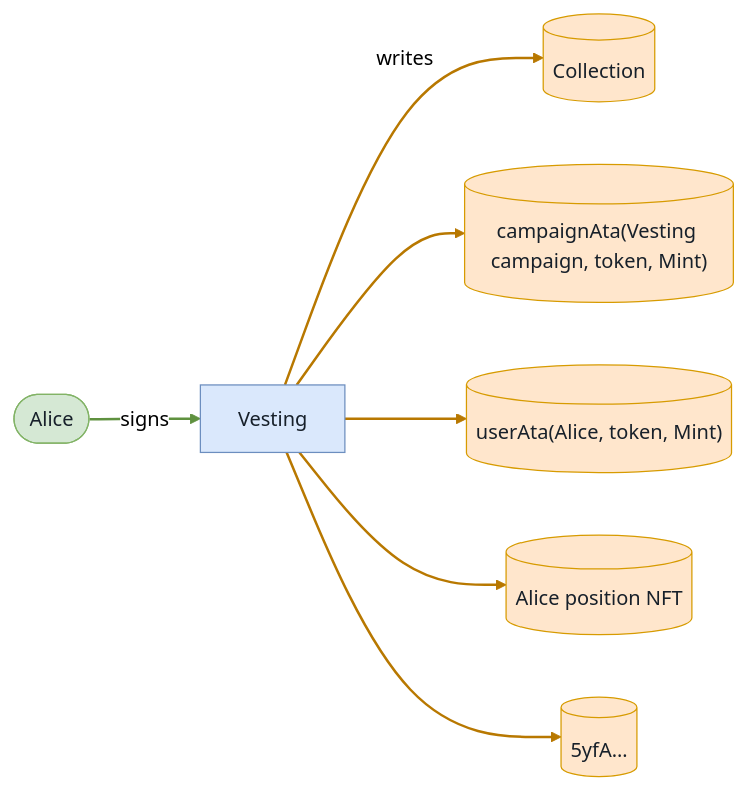
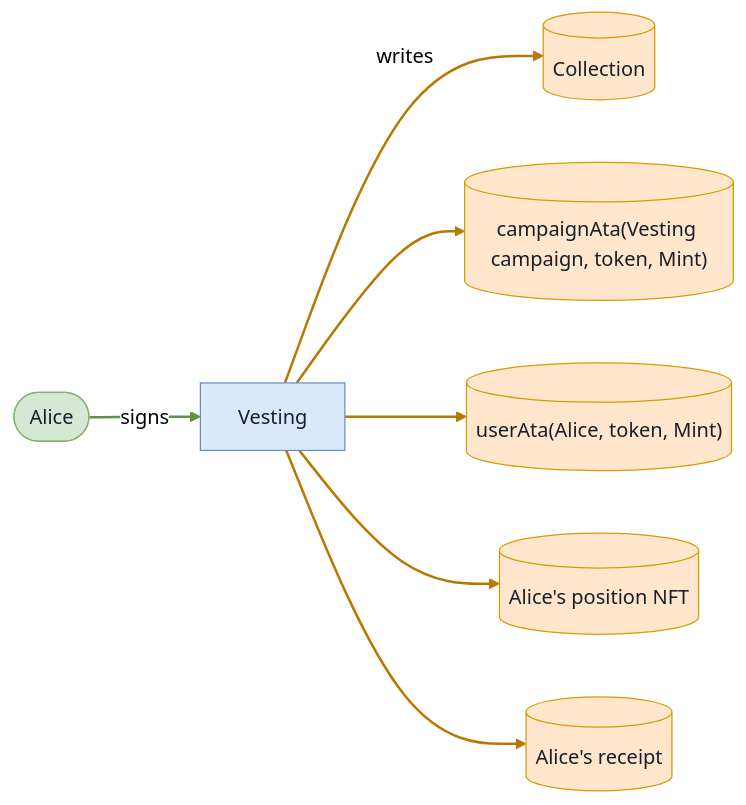
One commit to cds-turbin3/vesting-position changed diagram 17 of 36 in babelfish-tests/test-report/full_lifecycle.md. Above: the diagram before and after it, drawn with Mermaid (neutral theme). The commit also changed other lines of this file and 104 other files, not shown here.

````diff
--- a/babelfish-tests/test-report/full_lifecycle.md
+++ b/babelfish-tests/test-report/full_lifecycle.md
@@ -784,21 +784,21 @@
 ```mermaid
 flowchart LR
     Vesting["Vesting"]:::program
     Alice(["Alice"]):::signer
     Collection[("Collection")]:::state
     campaignAtaVestingcampaigntokenMint[("campaignAta(Vesting campaign, token, Mint)")]:::state
     userAtaAlicetokenMint[("userAta(Alice, token, Mint)")]:::state
-    AlicepositionNFT[("Alice position NFT")]:::state
-    n5yfA[("5yfA…")]:::state
+    AlicespositionNFT[("Alice's position NFT")]:::state
+    Alicesreceipt[("Alice's receipt")]:::state
     Alice -->|signs| Vesting
     Vesting -->|writes| Collection
     Vesting --> campaignAtaVestingcampaigntokenMint
     Vesting --> userAtaAlicetokenMint
-    Vesting --> AlicepositionNFT
-    Vesting --> n5yfA
+    Vesting --> AlicespositionNFT
+    Vesting --> Alicesreceipt
     classDef program fill:#dae8fc,stroke:#6c8ebf,color:#17202a;
     classDef signer fill:#d5e8d4,stroke:#82b366,color:#17202a;
     classDef state fill:#ffe6cc,stroke:#d79b00,color:#17202a;
     linkStyle 0 stroke:#5f913f,stroke-width:2px
     linkStyle 1,2,3,4,5 stroke:#b87800,stroke-width:2px
 ```
````
